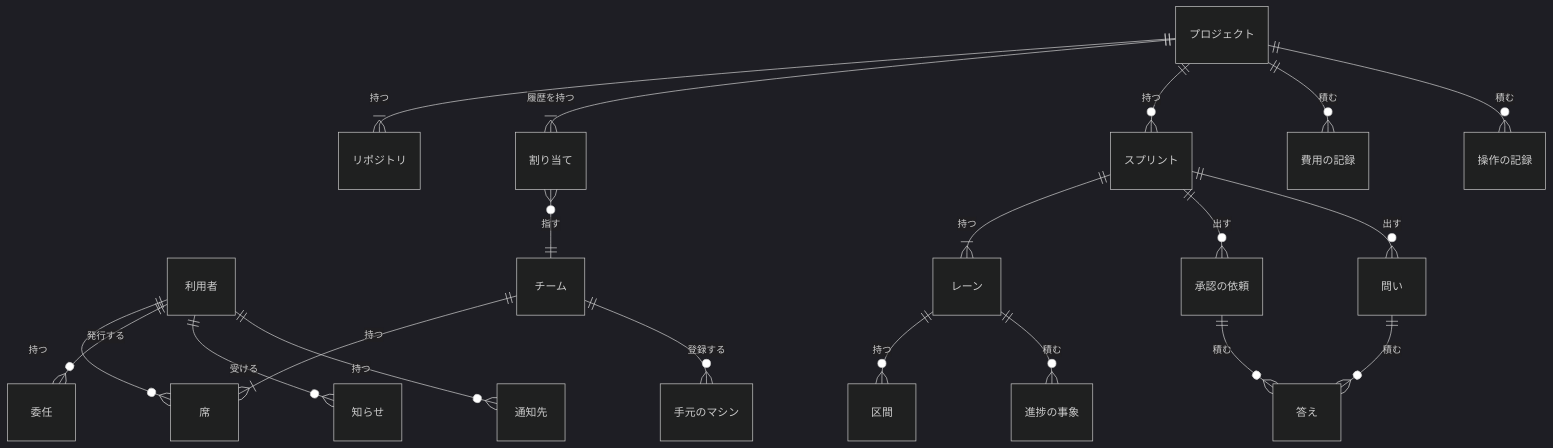
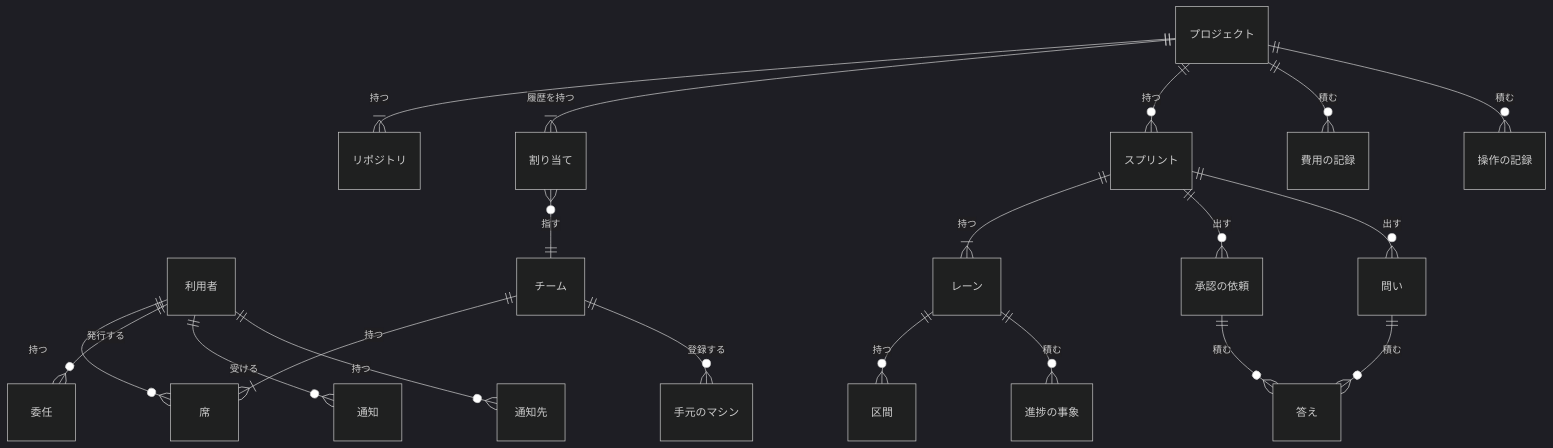
One commit to devbasex/nd-factory changed the first of 2 diagrams in docs/design/data.md. Above: the diagram before and after it, drawn with Mermaid (dark theme). The commit also changed other lines of this file and 22 other files, not shown here.

````diff
--- a/docs/design/data.md
+++ b/docs/design/data.md
@@ -35,41 +35,41 @@
 ```mermaid
 erDiagram
     User["利用者"]
     Seat["席"]
     Team["チーム"]
     Delegation["委任"]
     Machine["手元のマシン"]
     Project["プロジェクト"]
     Repository["リポジトリ"]
     Assignment["割り当て"]
     Sprint["スプリント"]
     Lane["レーン"]
     Segment["区間"]
     ProgressEvent["進捗の事象"]
     Approval["承認の依頼"]
     Question["問い"]
     Answer["答え"]
-    Notice["知らせ"]
+    Notice["通知"]
     Destination["通知先"]
     CostRecord["費用の記録"]
     AuditRecord["操作の記録"]
     User ||--o{ Seat : "持つ"
     Team ||--|{ Seat : "持つ"
     User ||--o{ Delegation : "発行する"
     Team ||--o{ Machine : "登録する"
     Project ||--|{ Repository : "持つ"
     Project ||--|{ Assignment : "履歴を持つ"
     Assignment }o--|| Team : "指す"
     Project ||--o{ Sprint : "持つ"
     Sprint ||--|{ Lane : "持つ"
     Lane ||--o{ Segment : "持つ"
     Lane ||--o{ ProgressEvent : "積む"
     Sprint ||--o{ Approval : "出す"
     Sprint ||--o{ Question : "出す"
     Approval ||--o{ Answer : "積む"
     Question ||--o{ Answer : "積む"
     User ||--o{ Notice : "受ける"
     User ||--o{ Destination : "持つ"
     Project ||--o{ CostRecord : "積む"
     Project ||--o{ AuditRecord : "積む"
 ```
````
